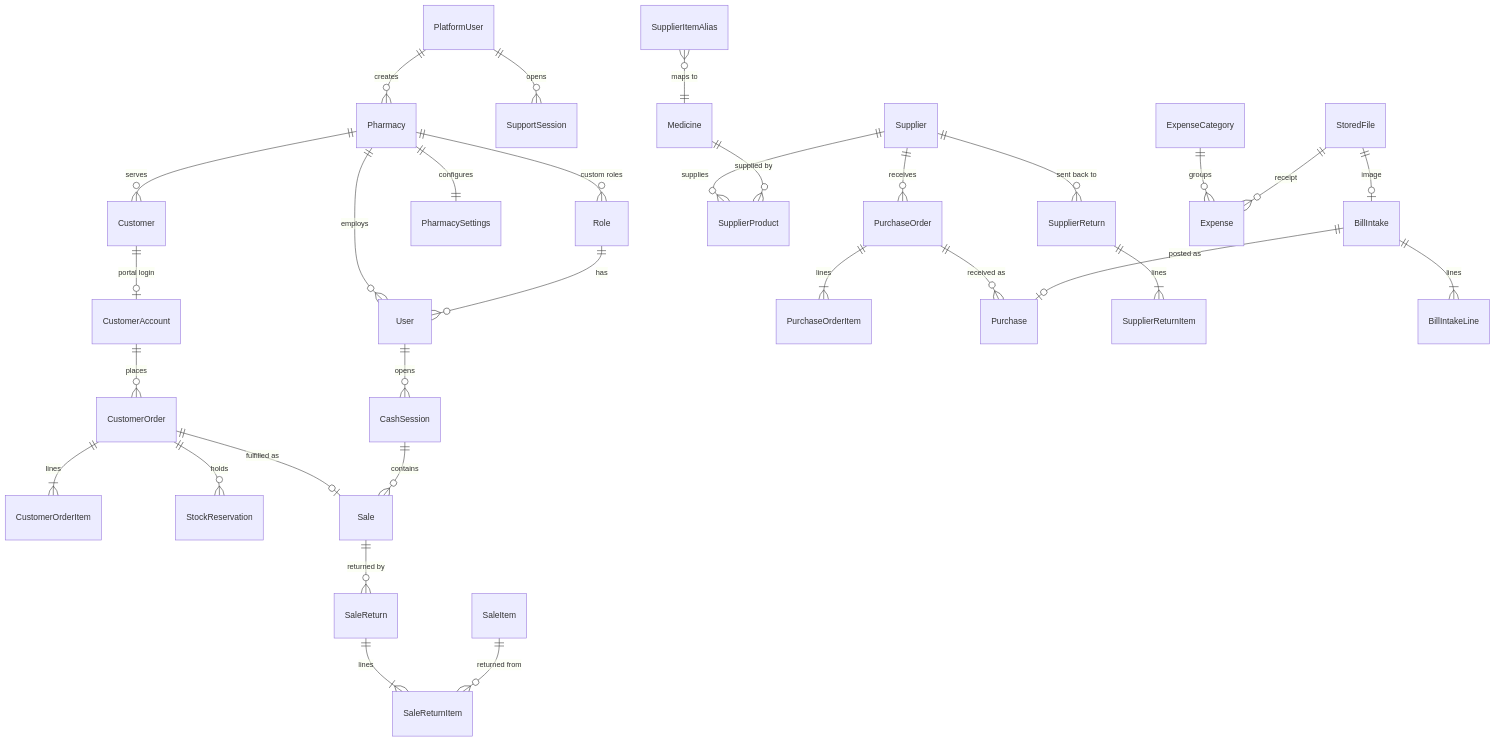
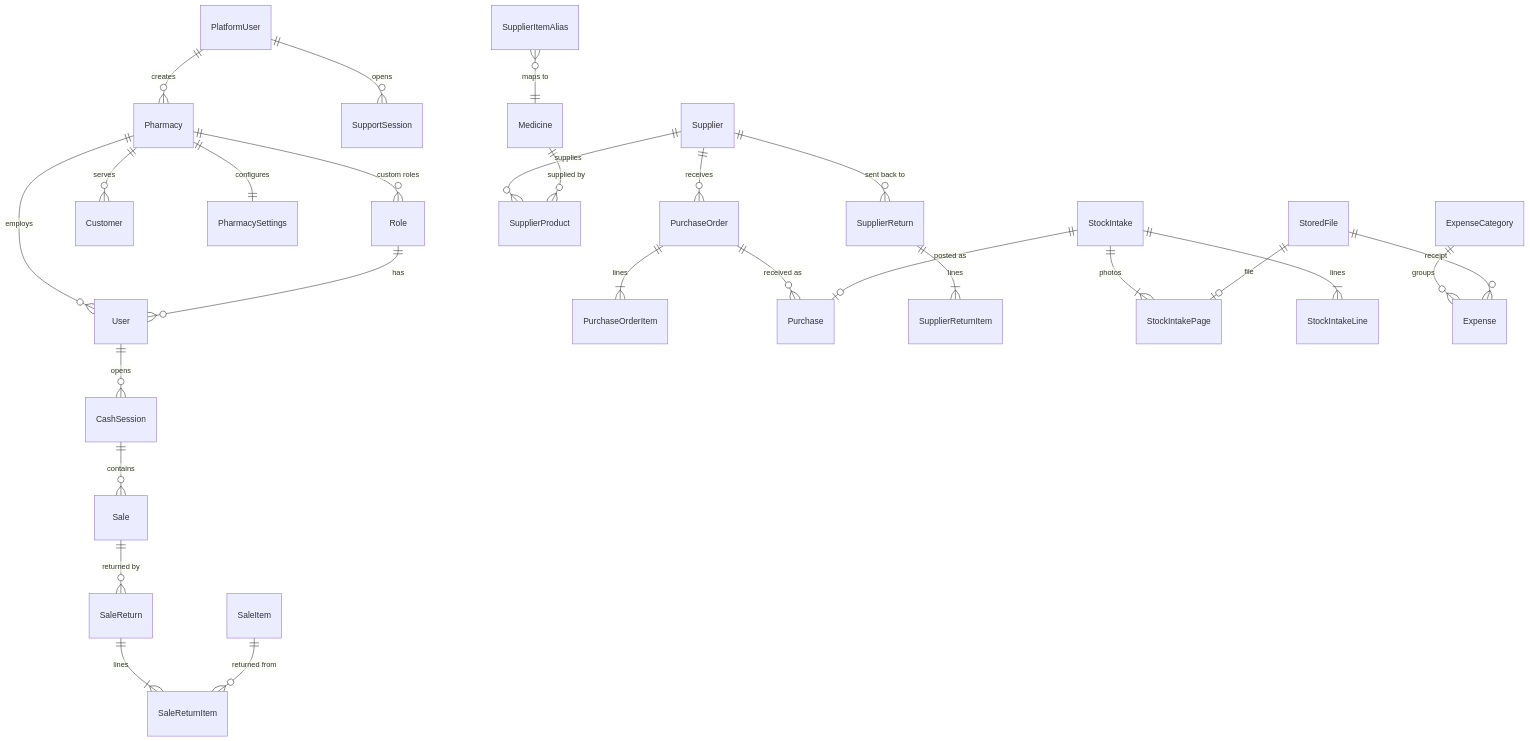
Before and after one commit to sudais-khalid/pharmacy-crm: the diagram in docs/plan/03-data-model.md, drawn with Mermaid. The commit also changed other lines of this file, not shown here.

First line of the commit message:
Replace bill intake with stock entry drafts in data model

````diff
--- a/docs/plan/03-data-model.md
+++ b/docs/plan/03-data-model.md
@@ -9,36 +9,32 @@
 ```mermaid
 erDiagram
   Pharmacy ||--o{ User : employs
   Pharmacy ||--o{ Role : "custom roles"
   Pharmacy ||--o{ Customer : serves
   Pharmacy ||--|| PharmacySettings : configures
   PlatformUser ||--o{ Pharmacy : creates
   PlatformUser ||--o{ SupportSession : opens
-  Customer ||--o| CustomerAccount : "portal login"
-  CustomerAccount ||--o{ CustomerOrder : places
-  CustomerOrder ||--|{ CustomerOrderItem : lines
-  CustomerOrder ||--o{ StockReservation : holds
-  CustomerOrder ||--o| Sale : "fulfilled as"
   Role ||--o{ User : has
   User ||--o{ CashSession : opens
   CashSession ||--o{ Sale : contains
   Sale ||--o{ SaleReturn : "returned by"
   SaleReturn ||--|{ SaleReturnItem : lines
   SaleItem ||--o{ SaleReturnItem : "returned from"
 
   Supplier ||--o{ PurchaseOrder : receives
   PurchaseOrder ||--|{ PurchaseOrderItem : lines
   PurchaseOrder ||--o{ Purchase : "received as"
   Supplier ||--o{ SupplierProduct : supplies
   Medicine ||--o{ SupplierProduct : "supplied by"
   Supplier ||--o{ SupplierReturn : "sent back to"
   SupplierReturn ||--|{ SupplierReturnItem : lines
 
-  StoredFile ||--o| BillIntake : image
-  BillIntake ||--|{ BillIntakeLine : lines
-  BillIntake ||--o| Purchase : "posted as"
+  StockIntake ||--|{ StockIntakePage : photos
+  StoredFile ||--o| StockIntakePage : file
+  StockIntake ||--|{ StockIntakeLine : lines
+  StockIntake ||--o| Purchase : "posted as"
   SupplierItemAlias }o--|| Medicine : "maps to"
 
   ExpenseCategory ||--o{ Expense : groups
   StoredFile ||--o{ Expense : receipt
 ```
````
